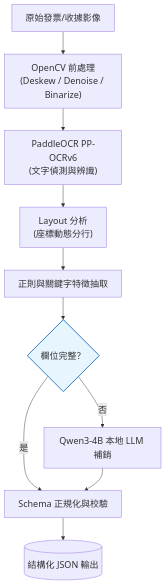
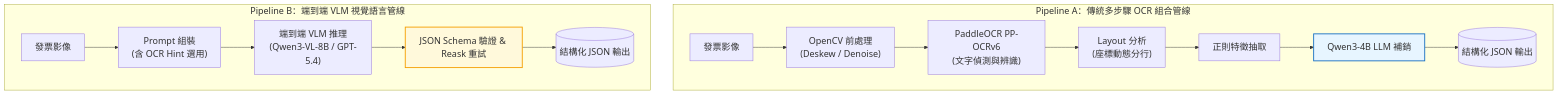
Before and after one commit to kuotunyu/receipt-ocr-vlm-benchmark: the first of 2 diagrams in README.md, drawn with Mermaid. The commit also changed other lines of this file and 2 other files, not shown here.

Commit message:
docs: overhaul README with dual-track comparison and 20px OCR Hint sequence diagram, untrack PROGRESS.md

````diff
--- a/README.md
+++ b/README.md
@@ -33,15 +33,16 @@
 ```mermaid
 %%{init: {'themeVariables': {'fontSize': '20px'}}}%%
 flowchart TD
-    A1["原始發票/收據影像"] --> A2["OpenCV 前處理\n(Deskew / Denoise / Binarize)"]
-    A2 --> A3["PaddleOCR PP-OCRv6\n(文字偵測與辨識)"]
-    A3 --> A4["Layout 分析\n(座標動態分行)"]
-    A4 --> A5["正則與關鍵字特徵抽取"]
-    A5 --> A6{"欄位完整？"}
-    A6 -->|否| A7["Qwen3-4B 本地 LLM 補銷"]
-    A6 -->|是| A8["Schema 正規化與校驗"]
-    A7 --> A8
-    A8 --> A9[("結構化 JSON 輸出")]
+    subgraph TrackA ["Pipeline A：傳統多步驟 OCR 組合管線"]
+        direction LR
+        A1["發票影像"] --> A2["OpenCV 前處理<br/>(Deskew / Denoise)"] --> A3["PaddleOCR PP-OCRv6<br/>(文字偵測與辨識)"] --> A4["Layout 分析<br/>(座標動態分行)"] --> A5["正則特徵抽取"] --> A6["Qwen3-4B LLM 補銷"] --> A7[("結構化 JSON 輸出")]
+    end
+
+    subgraph TrackB ["Pipeline B：端到端 VLM 視覺語言管線"]
+        direction LR
+        B1["發票影像"] --> B2["Prompt 組裝<br/>(含 OCR Hint 選用)"] --> B3["端到端 VLM 推理<br/>(Qwen3-VL-8B / GPT-5.4)"] --> B4["JSON Schema 驗證 & Reask 重試"] --> B5[("結構化 JSON 輸出")]
+    end
 
     style A6 fill:#e7f5ff,stroke:#1971c2,stroke-width:2px
+    style B4 fill:#fff9db,stroke:#f59f00,stroke-width:2px
 ```
````
